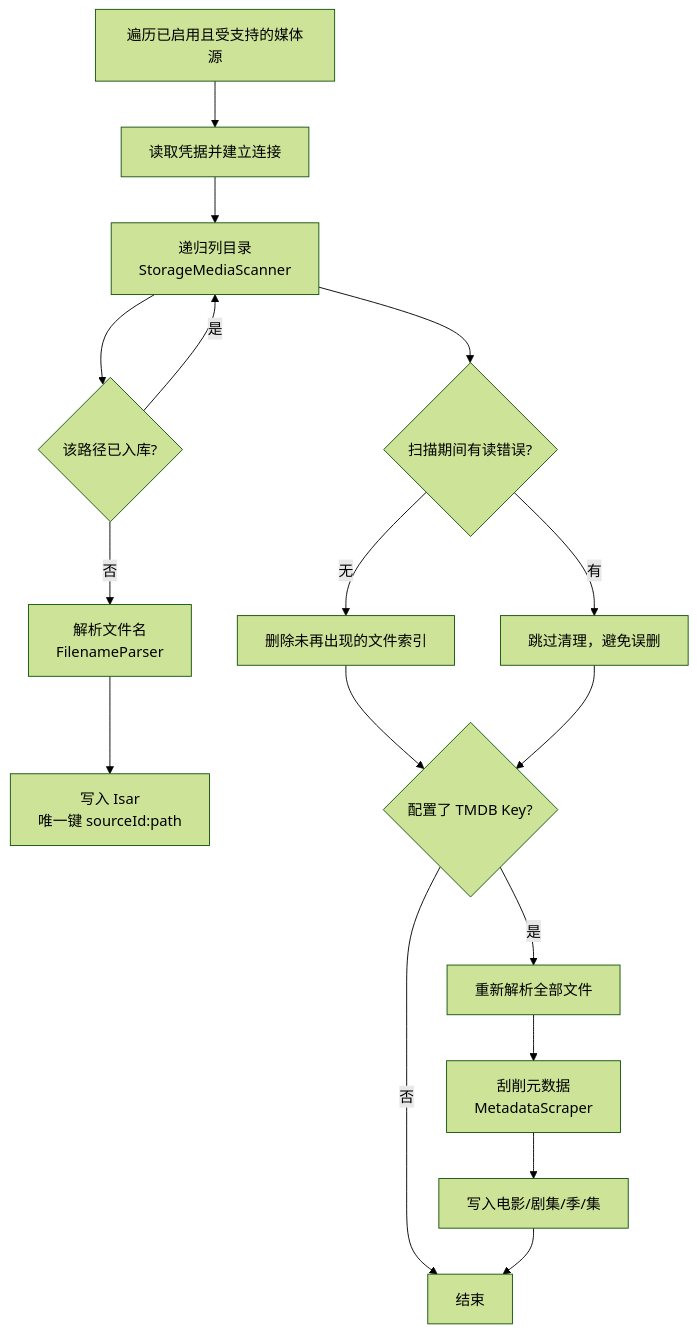
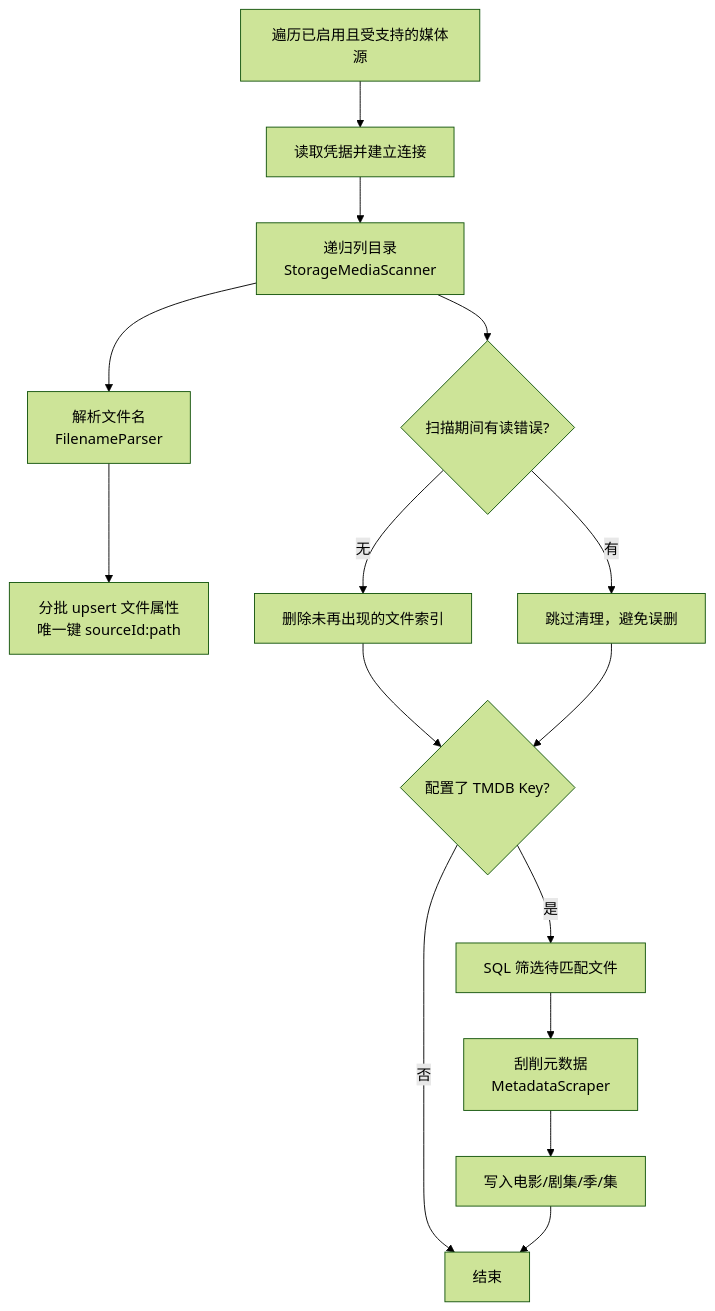
The diagram in docs/architecture/media-pipeline.md (sen-to/mochi_player), drawn with Mermaid (forest theme) before and after one commit. The commit also changed other lines of this file and 87 other files, not shown here.

````diff
--- a/docs/architecture/media-pipeline.md
+++ b/docs/architecture/media-pipeline.md
@@ -6,19 +6,17 @@
 ```mermaid
 flowchart TD
   A[遍历已启用且受支持的媒体源] --> B[读取凭据并建立连接]
   B --> C[递归列目录<br/>StorageMediaScanner]
-  C --> D{该路径已入库?}
-  D -->|是| C
-  D -->|否| E[解析文件名<br/>FilenameParser]
-  E --> F[写入 Isar<br/>唯一键 sourceId:path]
+  C --> E[解析文件名<br/>FilenameParser]
+  E --> F[分批 upsert 文件属性<br/>唯一键 sourceId:path]
   C --> G{扫描期间有读错误?}
   G -->|无| H[删除未再出现的文件索引]
   G -->|有| I[跳过清理，避免误删]
   H --> K{配置了 TMDB Key?}
   I --> K
   K -->|否| Z[结束]
-  K -->|是| J[重新解析全部文件]
+  K -->|是| J[SQL 筛选待匹配文件]
   J --> L[刮削元数据<br/>MetadataScraper]
   L --> M[写入电影/剧集/季/集]
   M --> Z
 ```
````
